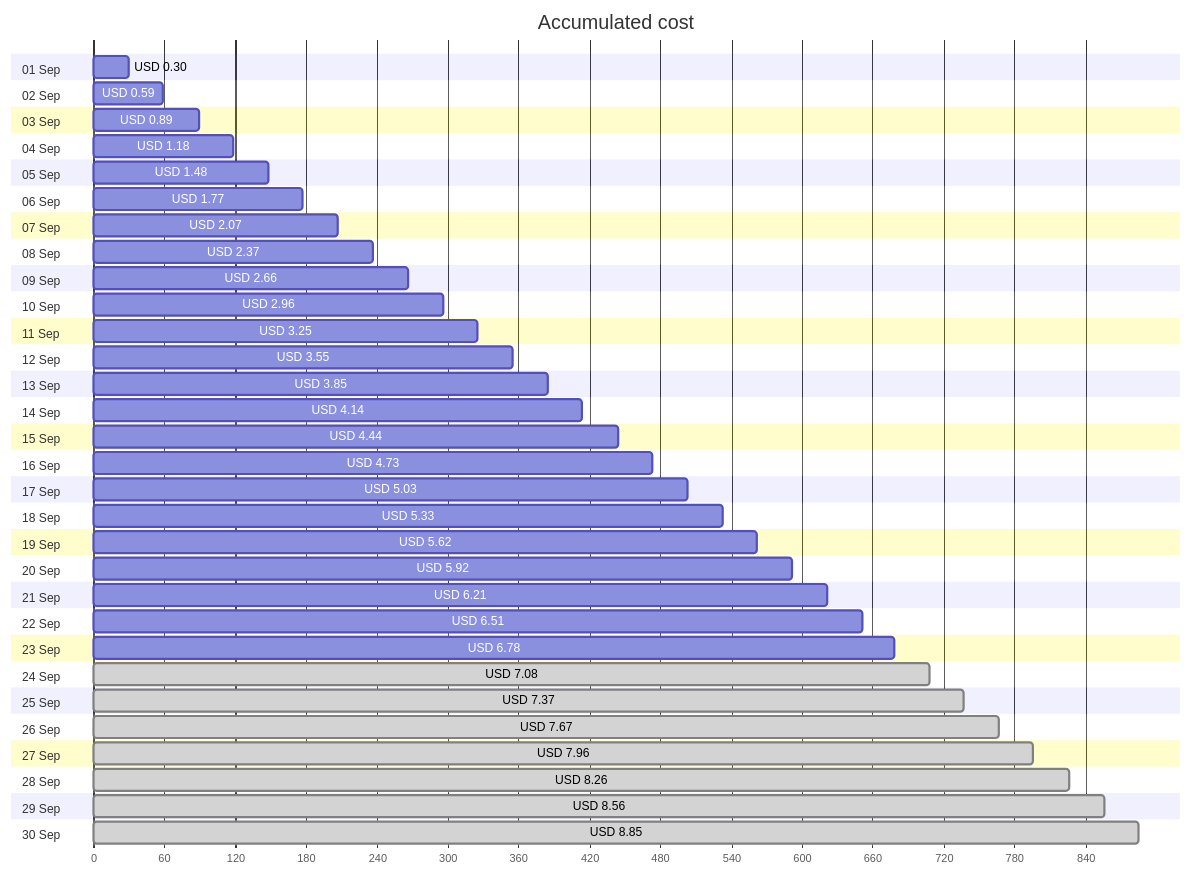
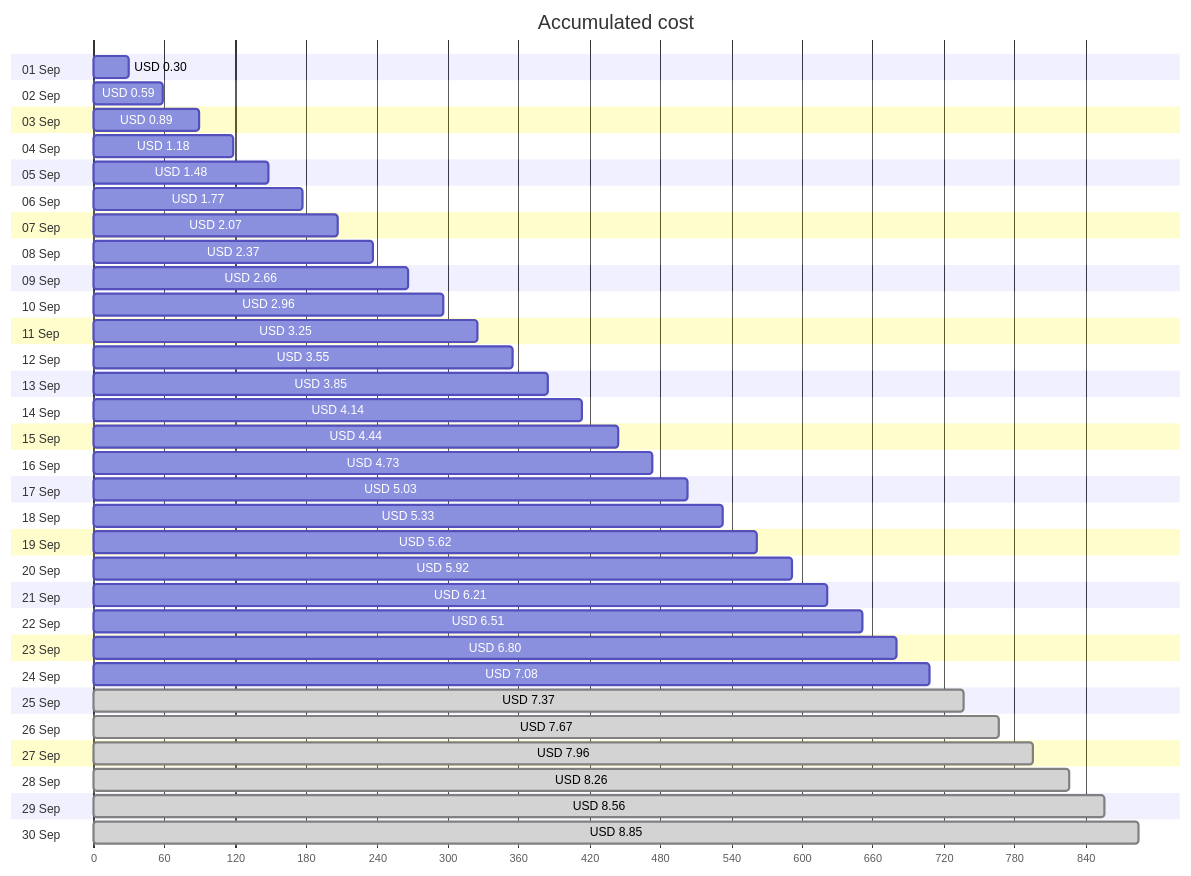
The first of 4 diagrams in cost-reports/personal-site/personal-site-preview.md (jpfulton/azure-personal-reports), drawn with Mermaid before and after one commit. The commit also changed other lines of this file and 7 other files, not shown here.

````diff
--- a/cost-reports/personal-site/personal-site-preview.md
+++ b/cost-reports/personal-site/personal-site-preview.md
@@ -20,66 +20,66 @@
 ```mermaid
 gantt
    title Accumulated cost
    dateFormat  X
    axisFormat %s
    section 01 Sep
    USD 0.30 :0, 30
    section 02 Sep
    USD 0.59 :0, 59
    section 03 Sep
    USD 0.89 :0, 89
    section 04 Sep
    USD 1.18 :0, 118
    section 05 Sep
    USD 1.48 :0, 148
    section 06 Sep
    USD 1.77 :0, 177
    section 07 Sep
    USD 2.07 :0, 207
    section 08 Sep
    USD 2.37 :0, 237
    section 09 Sep
    USD 2.66 :0, 266
    section 10 Sep
    USD 2.96 :0, 296
    section 11 Sep
    USD 3.25 :0, 325
    section 12 Sep
    USD 3.55 :0, 355
    section 13 Sep
    USD 3.85 :0, 385
    section 14 Sep
    USD 4.14 :0, 414
    section 15 Sep
    USD 4.44 :0, 444
    section 16 Sep
    USD 4.73 :0, 473
    section 17 Sep
    USD 5.03 :0, 503
    section 18 Sep
    USD 5.33 :0, 533
    section 19 Sep
    USD 5.62 :0, 562
    section 20 Sep
    USD 5.92 :0, 592
    section 21 Sep
    USD 6.21 :0, 621
    section 22 Sep
    USD 6.51 :0, 651
    section 23 Sep
-   USD 6.78 :0, 678
+   USD 6.80 :0, 680
    section 24 Sep
-   USD 7.08 : done, 0, 708
+   USD 7.08 :0, 708
    section 25 Sep
    USD 7.37 : done, 0, 737
    section 26 Sep
    USD 7.67 : done, 0, 767
    section 27 Sep
    USD 7.96 : done, 0, 796
    section 28 Sep
    USD 8.26 : done, 0, 826
    section 29 Sep
    USD 8.56 : done, 0, 856
    section 30 Sep
    USD 8.85 : done, 0, 885
 ```
````
